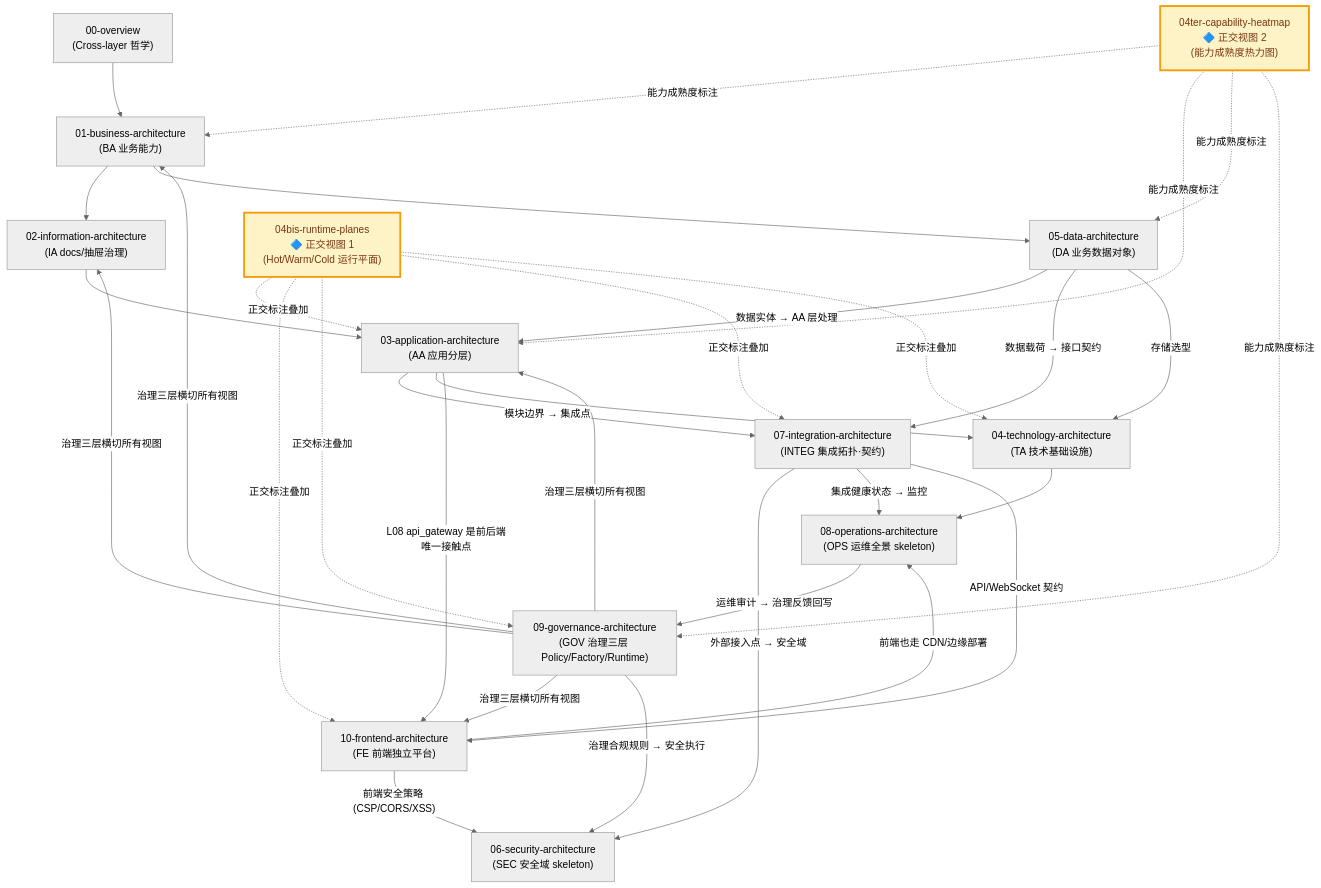
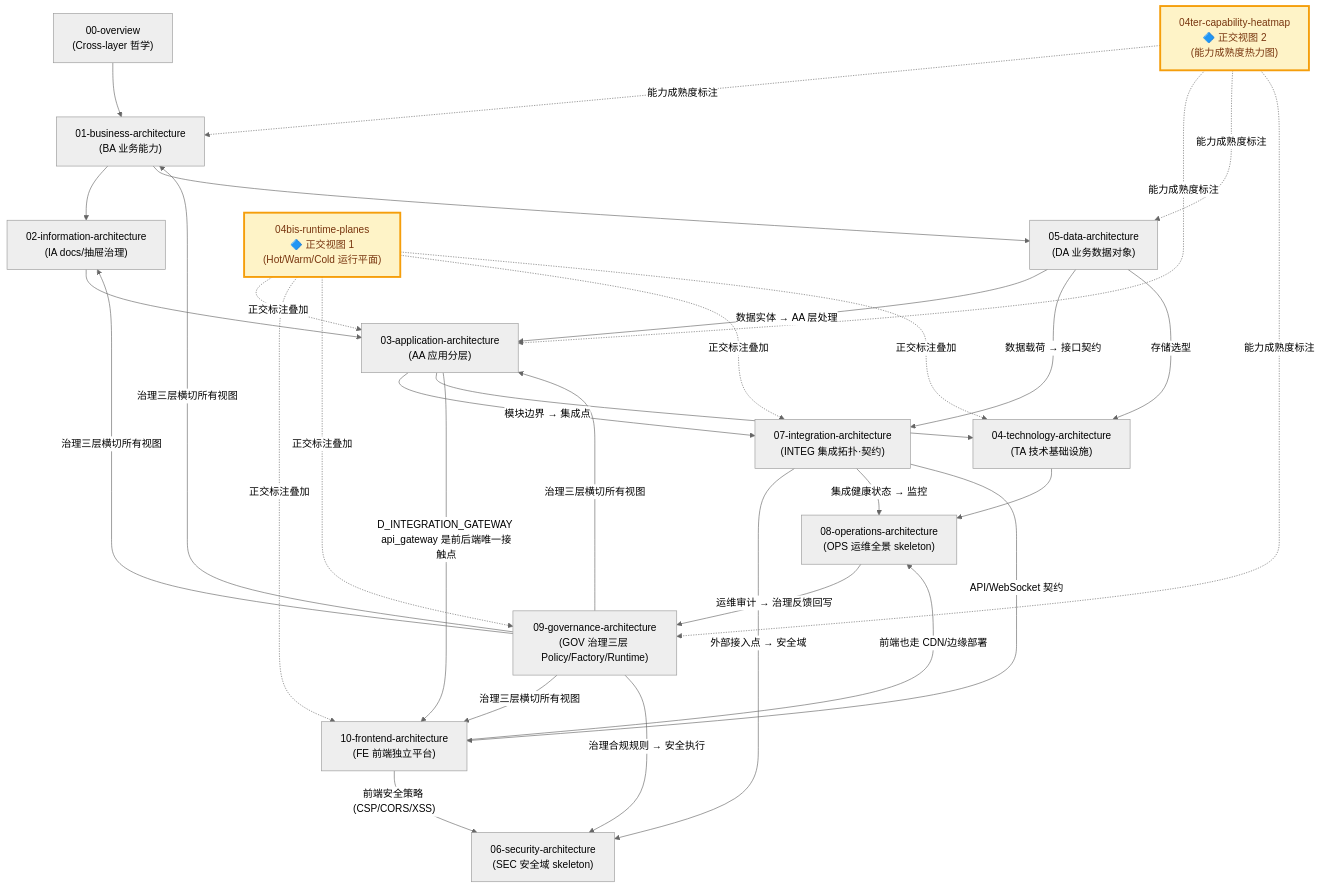
The diagram in docs/02_enterprise_architecture/target_architecture/diagrams/readme_view_dependency_graph.mmd (xuanFelixVan/ZephyrAlpha), drawn with Mermaid (neutral theme) before and after one commit. The commit also changed 7 other files, not shown here.

First line of the commit message:
diagrams .mmd: 8个文件72处14层引用清理为53域引用（5序列图67处 + 3拓扑图5处）

```diff
--- a/docs/02_enterprise_architecture/target_architecture/diagrams/readme_view_dependency_graph.mmd
+++ b/docs/02_enterprise_architecture/target_architecture/diagrams/readme_view_dependency_graph.mmd
@@ -1,52 +1,52 @@
 %% Source: README.md §4
 graph TD
     OV["00-overview\n(Cross-layer 哲学)"]
     BA["01-business-architecture\n(BA 业务能力)"]
     IA["02-information-architecture\n(IA docs/抽屉治理)"]
     DA["05-data-architecture\n(DA 业务数据对象)"]
     AA["03-application-architecture\n(AA 应用分层)"]
     INTEG["07-integration-architecture\n(INTEG 集成拓扑·契约)"]
     TA["04-technology-architecture\n(TA 技术基础设施)"]
     SEC["06-security-architecture\n(SEC 安全域 skeleton)"]
     OPS["08-operations-architecture\n(OPS 运维全景 skeleton)"]
     GOV["09-governance-architecture\n(GOV 治理三层 Policy/Factory/Runtime)"]
     FE["10-frontend-architecture\n(FE 前端独立平台)"]
     RTP["04bis-runtime-planes\n🔷 正交视图 1\n(Hot/Warm/Cold 运行平面)"]
     CHM["04ter-capability-heatmap\n🔷 正交视图 2\n(能力成熟度热力图)"]
 
     OV --> BA
     BA --> IA
     BA --> DA
     IA --> AA
     DA -->|"数据实体 → AA 层处理"| AA
     AA -->|"模块边界 → 集成点"| INTEG
     DA -->|"数据载荷 → 接口契约"| INTEG
     AA --> TA
     DA -->|"存储选型"| TA
     INTEG -->|"外部接入点 → 安全域"| SEC
     INTEG -->|"集成健康状态 → 监控"| OPS
     TA --> OPS
-    AA -->|"L08 api_gateway 是前后端唯一接触点"| FE
+    AA -->|"D_INTEGRATION_GATEWAY api_gateway 是前后端唯一接触点"| FE
     INTEG -->|"API/WebSocket 契约"| FE
     FE -->|"前端也走 CDN/边缘部署"| OPS
     FE -->|"前端安全策略 (CSP/CORS/XSS)"| SEC
     GOV -->|"治理三层横切所有视图"| BA
     GOV -->|"治理三层横切所有视图"| IA
     GOV -->|"治理三层横切所有视图"| AA
     GOV -->|"治理三层横切所有视图"| FE
     GOV -->|"治理合规规则 → 安全执行"| SEC
     OPS -->|"运维审计 → 治理反馈回写"| GOV
 
     %% 正交视图横切关系（虚线表示正交标注叠加，不是依赖）
     RTP -.正交标注叠加.-> AA
     RTP -.正交标注叠加.-> FE
     RTP -.正交标注叠加.-> GOV
     RTP -.正交标注叠加.-> INTEG
     RTP -.正交标注叠加.-> TA
     CHM -.能力成熟度标注.-> BA
     CHM -.能力成熟度标注.-> AA
     CHM -.能力成熟度标注.-> DA
     CHM -.能力成熟度标注.-> GOV
 
     classDef orthogonal fill:#fef3c7,stroke:#f59e0b,stroke-width:3px,color:#78350f
     class RTP,CHM orthogonal
```
